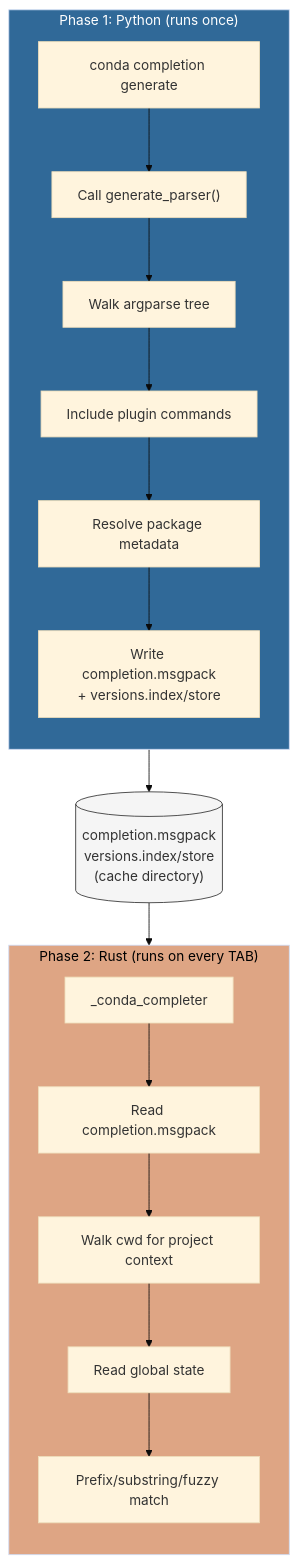
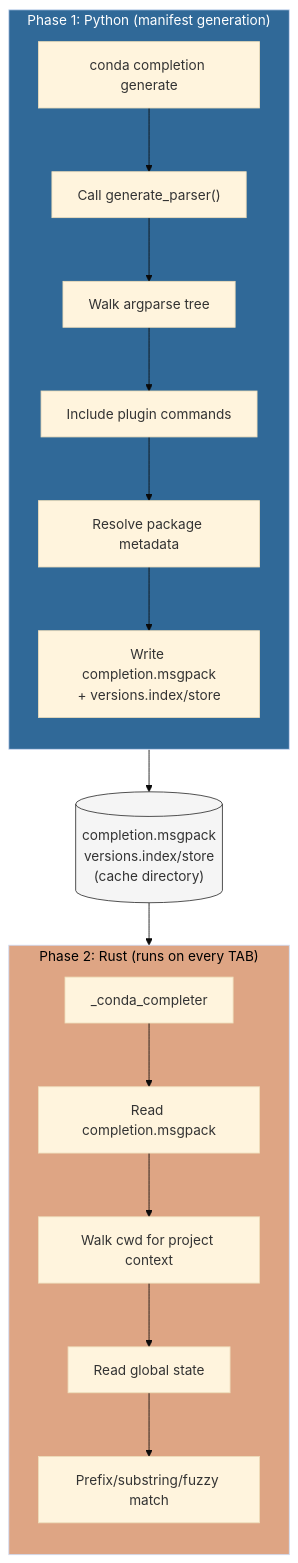
The diagram in docs/explanation/architecture.md (conda-incubator/conda-completion), drawn with Mermaid (base theme) before and after one commit. The commit also changed other lines of this file and 37 other files, not shown here.

````diff
--- a/docs/explanation/architecture.md
+++ b/docs/explanation/architecture.md
@@ -9,27 +9,27 @@
 ```{mermaid}
 flowchart TD
-    subgraph python ["Phase 1: Python (runs once)"]
+    subgraph python ["Phase 1: Python (manifest generation)"]
         direction TB
         A["conda completion generate"] --> B["Call generate_parser()"]
         B --> C["Walk argparse tree"]
         C --> D["Include plugin commands"]
         D --> D2["Resolve package metadata"]
         D2 --> E["Write completion.msgpack\n+ versions.index/store"]
     end
 
     E --> F[("completion.msgpack\nversions.index/store\n(cache directory)")]
 
     subgraph rust ["Phase 2: Rust (runs on every TAB)"]
         direction TB
         G["_conda_completer"] --> H["Read completion.msgpack"]
         H --> I["Walk cwd for project context"]
         I --> J["Read global state"]
         J --> K["Prefix/substring/fuzzy match"]
     end
 
     F --> G
 
     style python fill:#306998,color:#fff
     style rust fill:#dea584,color:#000
     style F fill:#f5f5f5,stroke:#333
 ```
````
